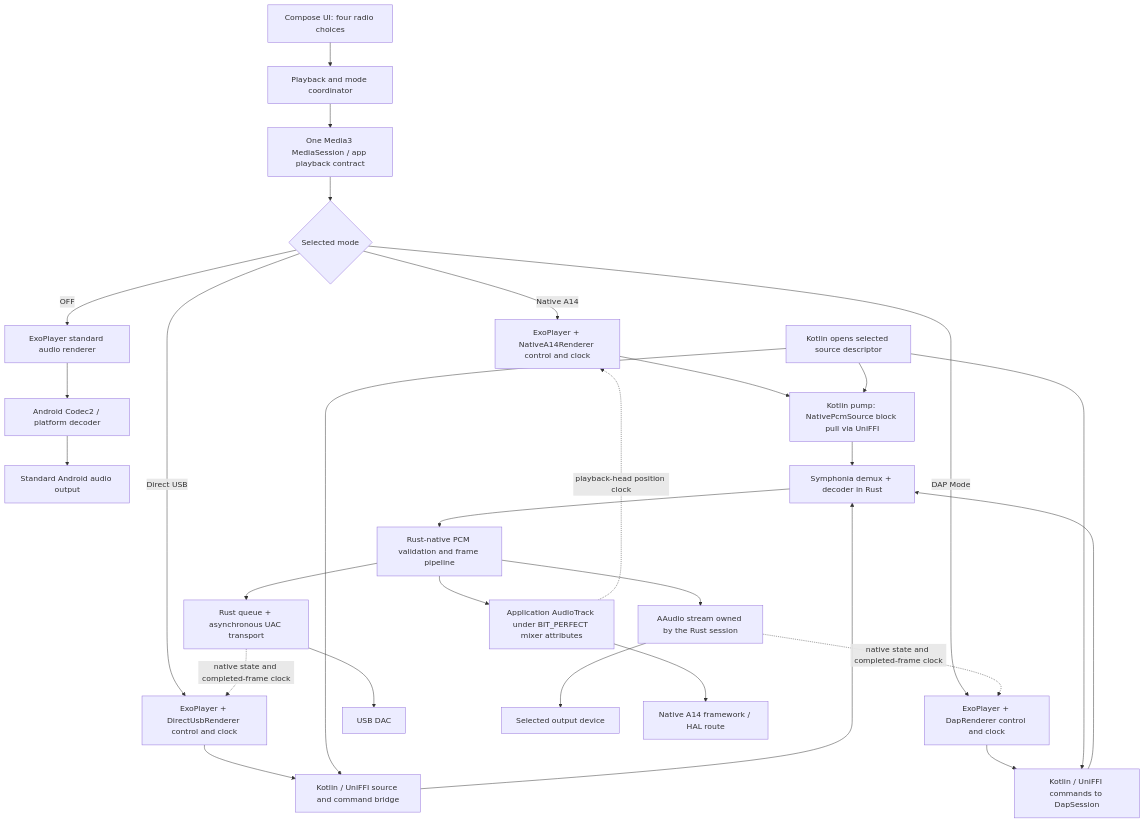
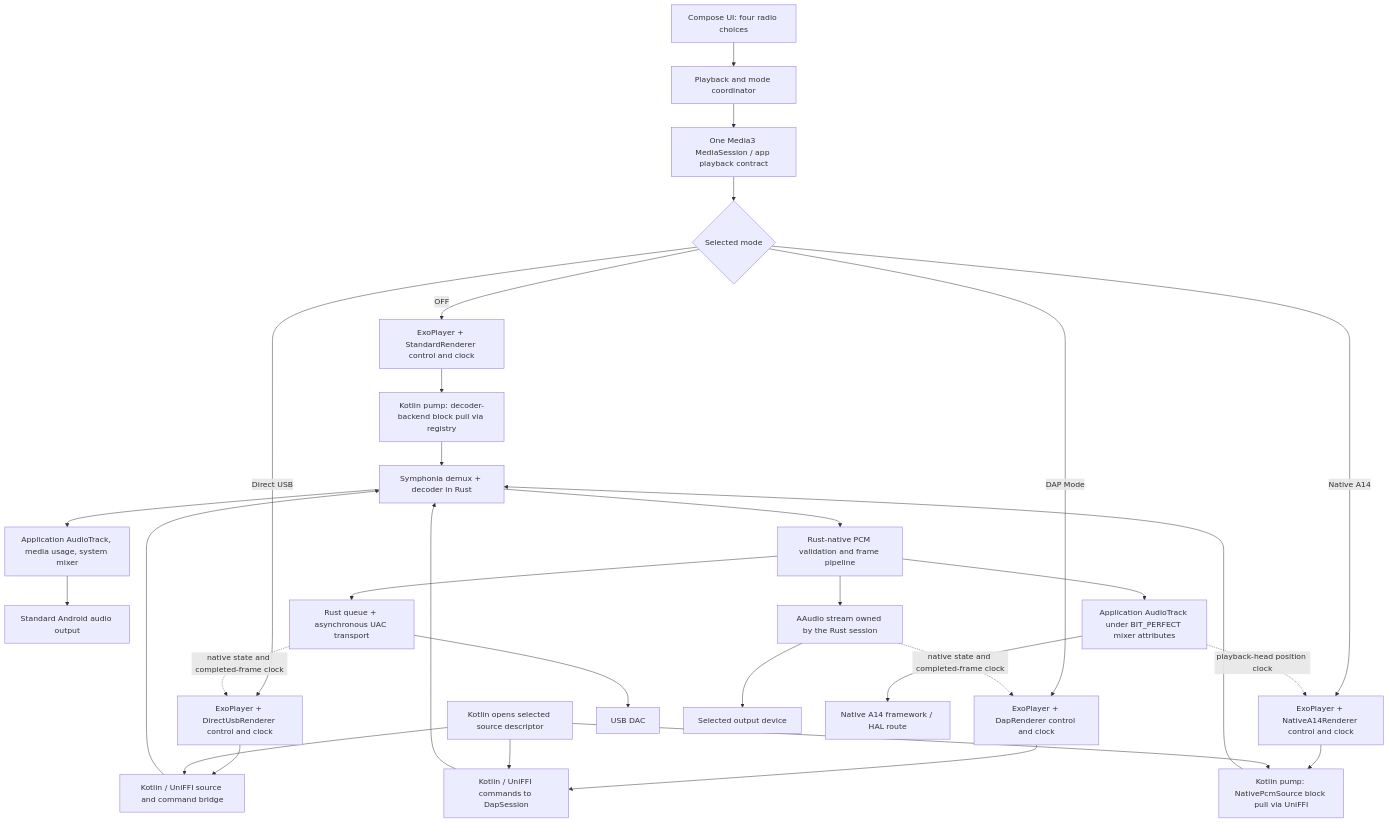
The diagram in docs/ARCHITECTURE.md (valleriankondengis/rovia-music), drawn with Mermaid before and after one commit. The commit also changed other lines of this file and 25 other files, not shown here.

````diff
--- a/docs/ARCHITECTURE.md
+++ b/docs/ARCHITECTURE.md
@@ -67,31 +68,33 @@
 ```mermaid
 flowchart TD
     UI[Compose UI: four radio choices] --> COORD[Playback and mode coordinator]
     COORD --> SESSION[One Media3 MediaSession / app playback contract]
     SESSION --> MODE{Selected mode}
-    MODE -->|OFF| EXO1[ExoPlayer standard audio renderer]
-    EXO1 --> C2A[Android Codec2 / platform decoder]
-    C2A --> ANDROID[Standard Android audio output]
+    MODE -->|OFF| EXO1[ExoPlayer + StandardRenderer control and clock]
+    EXO1 --> PUMPOFF[Kotlin pump: decoder-backend block pull via registry]
+    PUMPOFF --> SYMPH
+    SYMPH --> TRACKOFF[Application AudioTrack, media usage, system mixer]
+    TRACKOFF --> ANDROID[Standard Android audio output]
     MODE -->|Native A14| EXOA14[ExoPlayer + NativeA14Renderer control and clock]
     EXOA14 --> PULL[Kotlin pump: NativePcmSource block pull via UniFFI]
     MODE -->|DAP Mode| EXODAP[ExoPlayer + DapRenderer control and clock]
     EXODAP --> DAPSESSION[Kotlin / UniFFI commands to DapSession]
     MODE -->|Direct USB| EXODIRECT[ExoPlayer + DirectUsbRenderer control and clock]
     EXODIRECT --> BRIDGE[Kotlin / UniFFI source and command bridge]
     SOURCE[Kotlin opens selected source descriptor] --> BRIDGE
     SOURCE --> PULL
     SOURCE --> DAPSESSION
     BRIDGE --> SYMPH[Symphonia demux + decoder in Rust]
     PULL --> SYMPH
     DAPSESSION --> SYMPH
     SYMPH --> PCM[Rust-native PCM validation and frame pipeline]
     PCM --> USB[Rust queue + asynchronous UAC transport]
     PCM --> AAUDIO[AAudio stream owned by the Rust session]
     PCM --> TRACK[Application AudioTrack under BIT_PERFECT mixer attributes]
     USB --> DAC[USB DAC]
     AAUDIO --> OUT[Selected output device]
     TRACK --> HAL[Native A14 framework / HAL route]
     USB -. native state and completed-frame clock .-> EXODIRECT
     AAUDIO -. native state and completed-frame clock .-> EXODAP
     TRACK -. playback-head position clock .-> EXOA14
 ```
````
